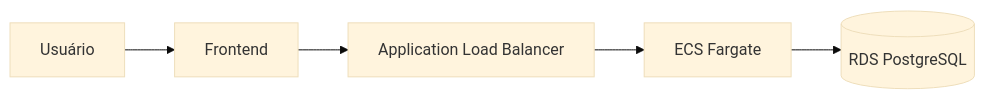
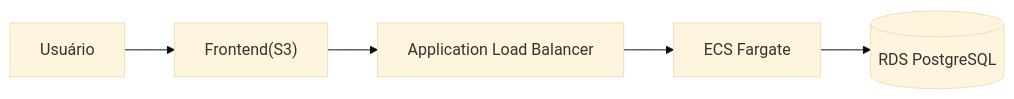
The second of 2 diagrams in README.md (RildoDias08/TestandoAws), drawn with Mermaid (base theme) before and after one commit.

````diff
--- a/README.md
+++ b/README.md
@@ -25,8 +25,8 @@
 ```mermaid
 flowchart LR
-    Usuário --> S3[Frontend]
+    Usuário --> S3["Frontend(S3)"]
     S3 --> ALB[Application Load Balancer]
     ALB --> ECS[ECS Fargate]
     ECS --> RDS[(RDS PostgreSQL)]
 
 ```
````
